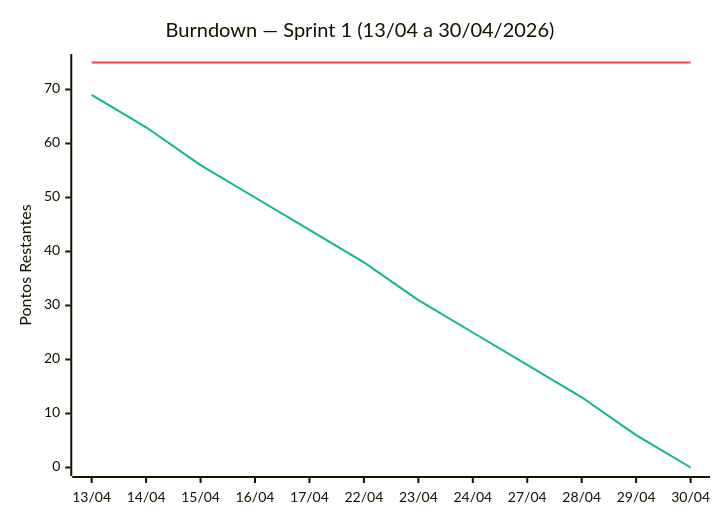
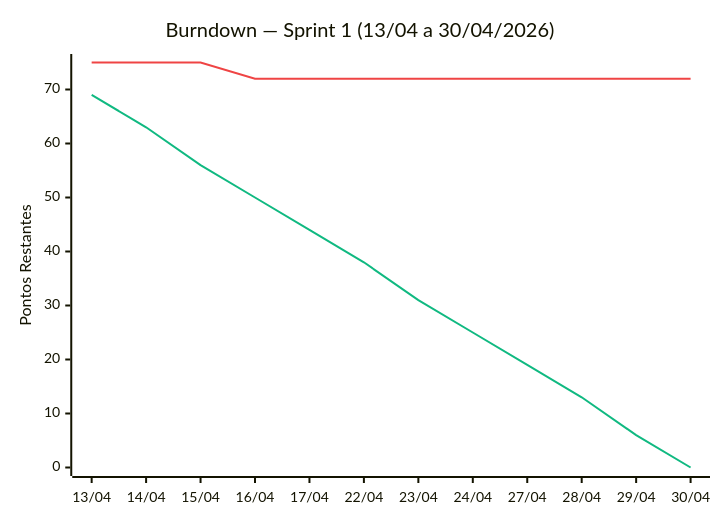
One commit to DEVassos/scrum-flow-abp changed the diagram in docs/scrum/sprint-1/sprint-1.md. Above: the diagram before and after it, drawn with Mermaid. The commit also changed other lines of this file and 1 other file, not shown here.

````diff
--- a/docs/scrum/sprint-1/sprint-1.md
+++ b/docs/scrum/sprint-1/sprint-1.md
@@ -68,10 +68,10 @@
 ```mermaid
 xychart-beta
     title "Burndown — Sprint 1 (13/04 a 30/04/2026)"
     x-axis ["13/04", "14/04", "15/04", "16/04", "17/04", "22/04", "23/04", "24/04", "27/04", "28/04", "29/04", "30/04"]
     y-axis "Pontos Restantes" 0 --> 75
     line [69, 63, 56, 50, 44, 38, 31, 25, 19, 13, 6, 0]
-    line [75, 75, 75, 75, 75, 75, 75, 75, 75, 75, 75, 75]
+    line [75, 75, 75, 72, 72, 72, 72, 72, 72, 72, 72, 72]
     
     %%{init: {'themeVariables': {'xyChart': {'plotColorPalette': '#10b981, #ef4444'}}, 'legend': {'visible': true}}}%%
 ```
````
